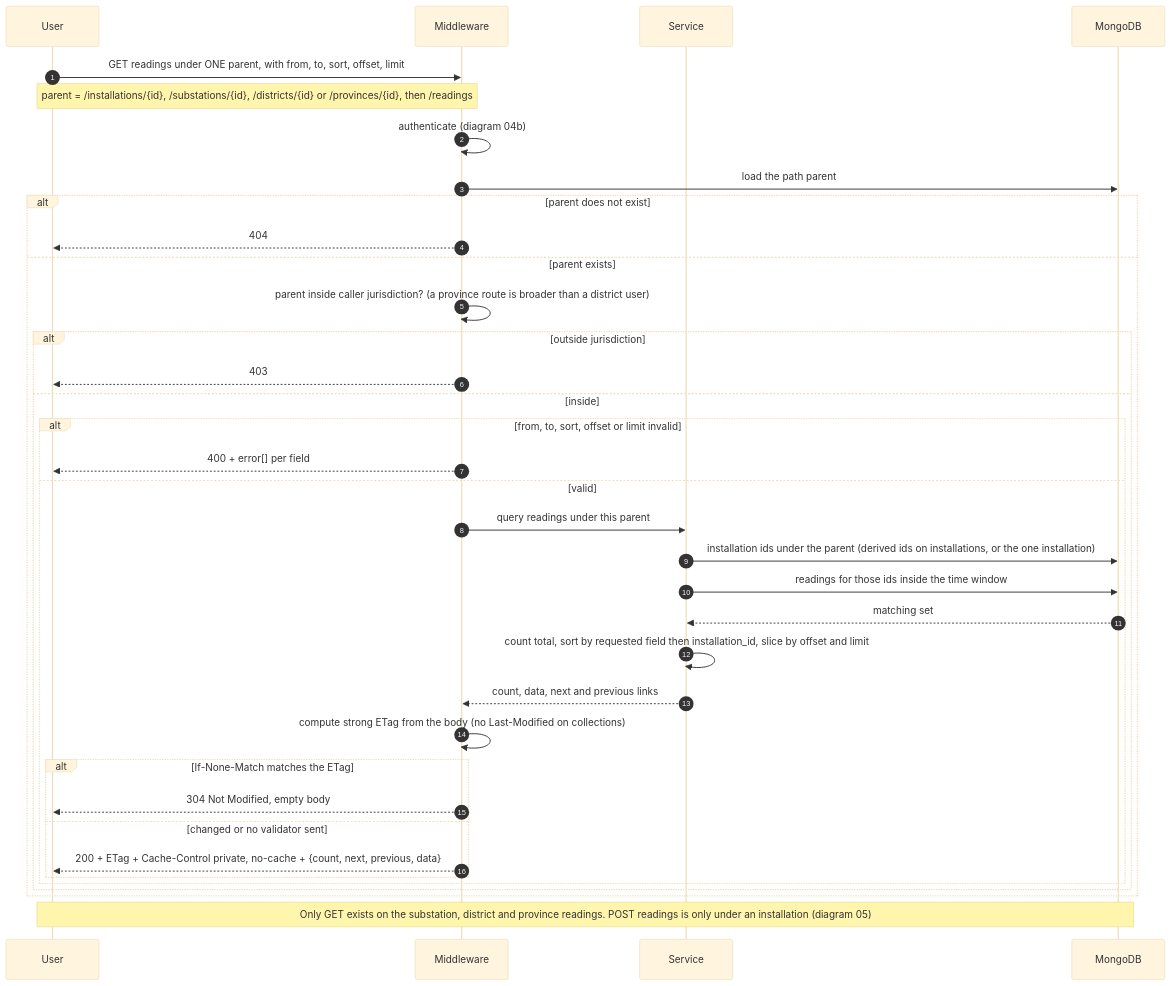
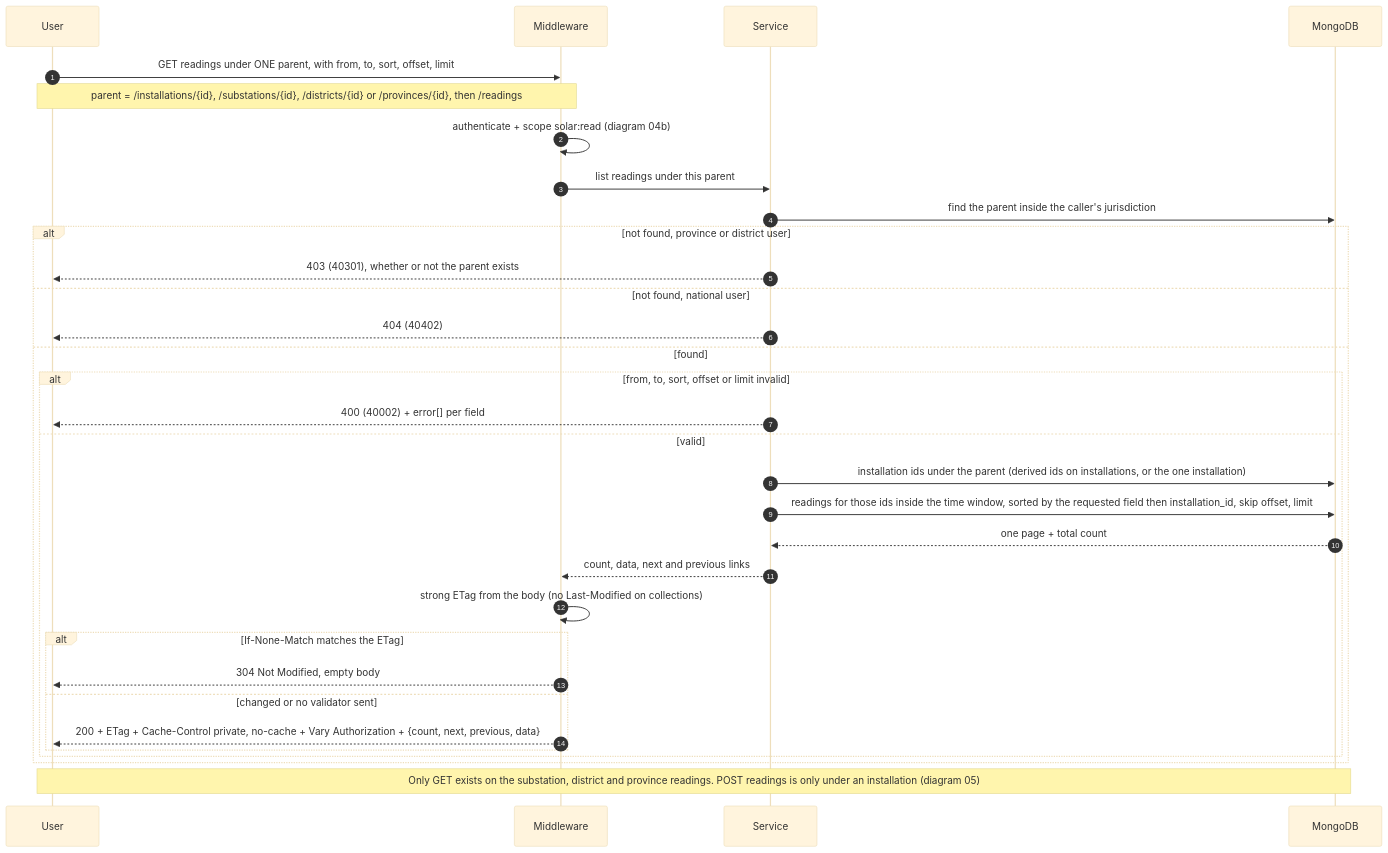
One commit to hashiniRanasinghe/solar-api changed the diagram in docs/design/diagrams/06-flow-readings-history.mmd. Above: the diagram before and after it, drawn with Mermaid (base theme). The commit also changed 21 other files, not shown here.

Commit message:
docs: cleanup of diagrams, data model, decisions, AI log format, PLAN and playbook

```diff
--- a/docs/design/diagrams/06-flow-readings-history.mmd
+++ b/docs/design/diagrams/06-flow-readings-history.mmd
@@ -1,41 +1,36 @@
 %% 06-flow-readings-history.mmd - Request/response flow: readings history (four parents), paginated, filtered, sorted, conditional
 %% Basis: BRIEF §5, §6 (analytical view: pagination, filtering by jurisdiction and time window, sorting, conditional GET); WP §4.6, §5.6, §5.7, §10.2-10.4
-%% Decisions: my-decisions §10, §11. OQ-04 DECIDED (YOU): jurisdiction = path parent, everything else = query. Sort syntax DECIDED (OQ-23).
-%% PROPOSALS: defaults and caps, tie-break by installation_id, scope rule for province / district / substation.
-%% DECIDED (OQ-29, 2026-09-26): strong content-based ETag (app.set('etag', 'strong')); collections have no Last-Modified.
+%% Decisions: my-decisions §10, §11. OQ-04: jurisdiction = path parent, everything else = query. Sort syntax OQ-23. Strong content ETag, no Last-Modified on collections (OQ-29).
+%% Scoped users get 403 before 404 (they cannot tell whether an id exists); national users get 404. The parent check runs before the query check (403/404 before 400).
 sequenceDiagram
   autonumber
   participant U as User
   participant M as Middleware
   participant S as Service
   participant DB as MongoDB
   U->>M: GET readings under ONE parent, with from, to, sort, offset, limit
   Note over U,M: parent = /installations/{id}, /substations/{id}, /districts/{id} or /provinces/{id}, then /readings
-  M->>M: authenticate (diagram 04b)
-  M->>DB: load the path parent
-  alt parent does not exist
-    M-->>U: 404
-  else parent exists
-    M->>M: parent inside caller jurisdiction? (a province route is broader than a district user)
-    alt outside jurisdiction
-      M-->>U: 403
-    else inside
-      alt from, to, sort, offset or limit invalid
-        M-->>U: 400 + error[] per field
-      else valid
-        M->>S: query readings under this parent
-        S->>DB: installation ids under the parent (derived ids on installations, or the one installation)
-        S->>DB: readings for those ids inside the time window
-        DB-->>S: matching set
-        S->>S: count total, sort by requested field then installation_id, slice by offset and limit
-        S-->>M: count, data, next and previous links
-        M->>M: compute strong ETag from the body (no Last-Modified on collections)
-        alt If-None-Match matches the ETag
-          M-->>U: 304 Not Modified, empty body
-        else changed or no validator sent
-          M-->>U: 200 + ETag + Cache-Control private, no-cache + {count, next, previous, data}
-        end
+  M->>M: authenticate + scope solar:read (diagram 04b)
+  M->>S: list readings under this parent
+  S->>DB: find the parent inside the caller's jurisdiction
+  alt not found, province or district user
+    S-->>U: 403 (40301), whether or not the parent exists
+  else not found, national user
+    S-->>U: 404 (40402)
+  else found
+    alt from, to, sort, offset or limit invalid
+      S-->>U: 400 (40002) + error[] per field
+    else valid
+      S->>DB: installation ids under the parent (derived ids on installations, or the one installation)
+      S->>DB: readings for those ids inside the time window, sorted by the requested field then installation_id, skip offset, limit
+      DB-->>S: one page + total count
+      S-->>M: count, data, next and previous links
+      M->>M: strong ETag from the body (no Last-Modified on collections)
+      alt If-None-Match matches the ETag
+        M-->>U: 304 Not Modified, empty body
+      else changed or no validator sent
+        M-->>U: 200 + ETag + Cache-Control private, no-cache + Vary Authorization + {count, next, previous, data}
       end
     end
   end
   Note over U,DB: Only GET exists on the substation, district and province readings. POST readings is only under an installation (diagram 05)
```
